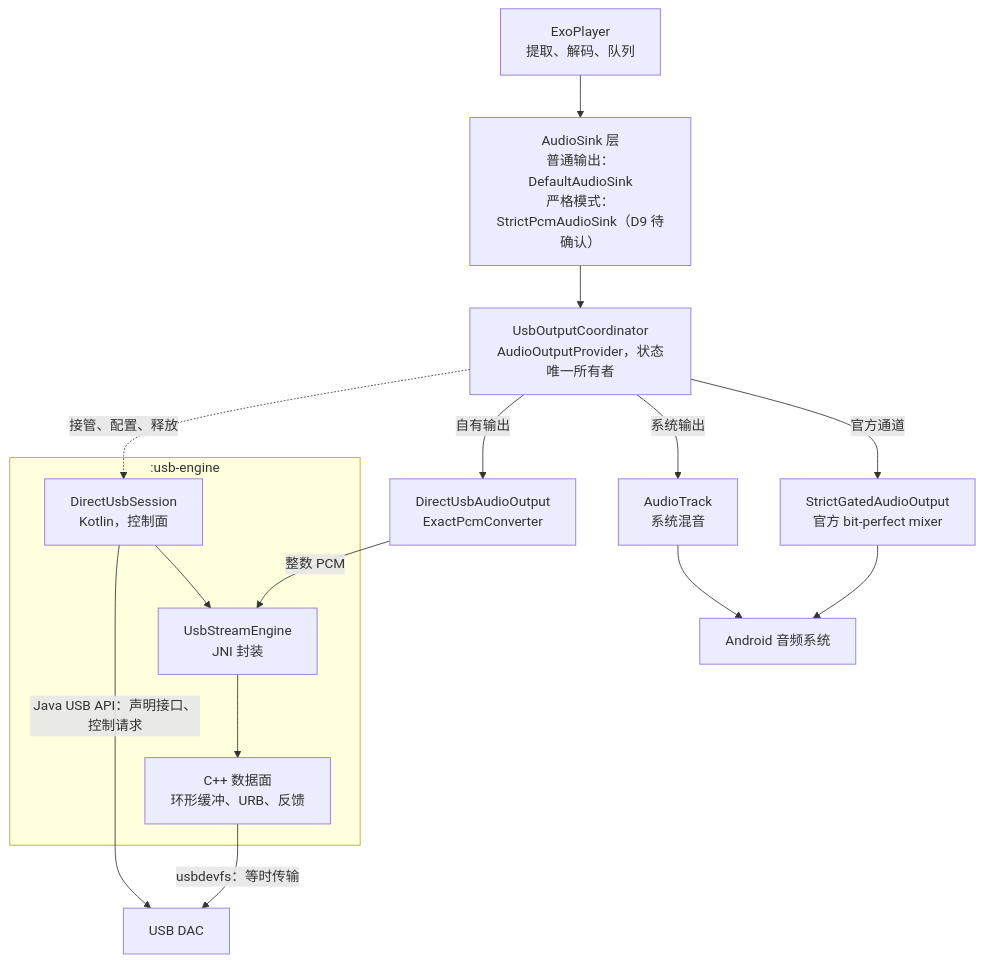
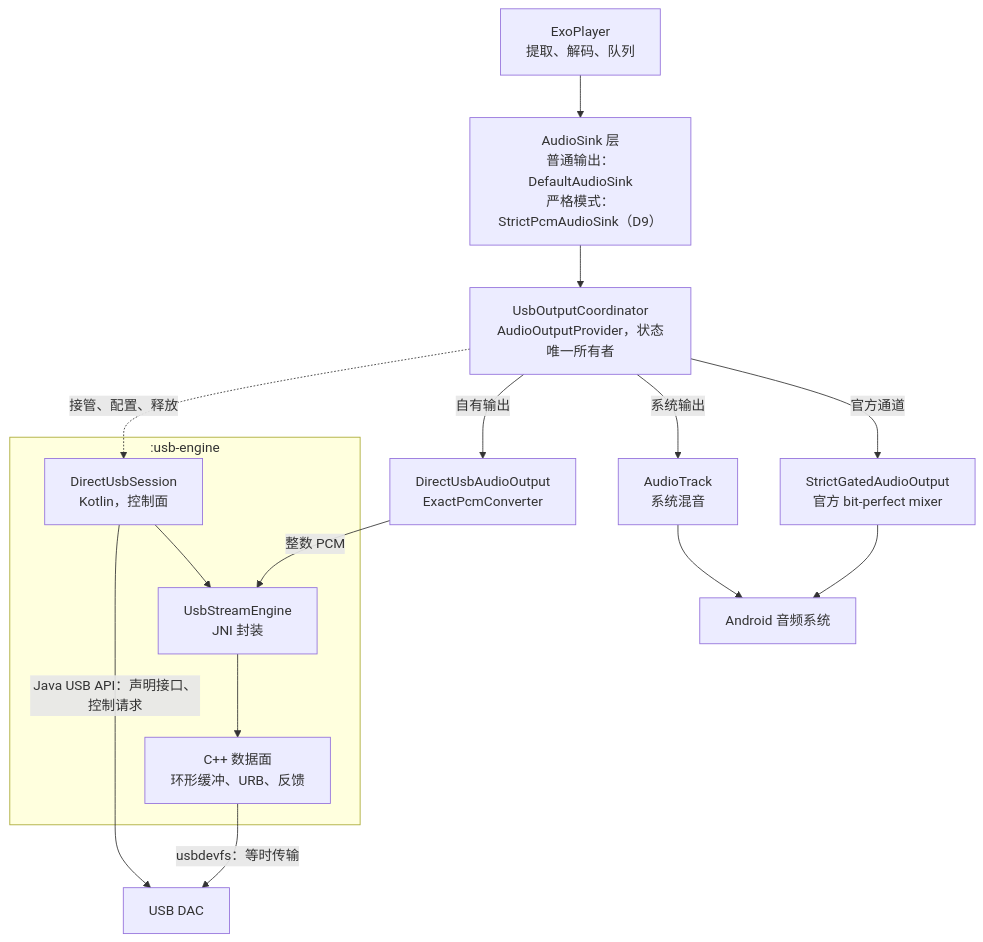
One commit to Sumire-no-kai/Vesqen changed the first of 4 diagrams in docs/M7_USB_ARCHITECTURE.md. Above: the diagram before and after it, drawn with Mermaid. The commit also changed other lines of this file and 2 other files, not shown here.

First line of the commit message:
docs(m7): record the decision to use the strict PCM sink

````diff
--- a/docs/M7_USB_ARCHITECTURE.md
+++ b/docs/M7_USB_ARCHITECTURE.md
@@ -17,23 +17,23 @@
 ```mermaid
 flowchart TD
-    Player["ExoPlayer<br/>提取、解码、队列"] --> Guard["AudioSink 层<br/>普通输出：DefaultAudioSink<br/>严格模式：StrictPcmAudioSink（D9 待确认）"]
+    Player["ExoPlayer<br/>提取、解码、队列"] --> Guard["AudioSink 层<br/>普通输出：DefaultAudioSink<br/>严格模式：StrictPcmAudioSink（D9）"]
     Guard --> Coordinator["UsbOutputCoordinator<br/>AudioOutputProvider，状态唯一所有者"]
     Coordinator -->|系统输出| Track["AudioTrack<br/>系统混音"]
     Coordinator -->|官方通道| Gated["StrictGatedAudioOutput<br/>官方 bit-perfect mixer"]
     Coordinator -->|自有输出| Direct["DirectUsbAudioOutput<br/>ExactPcmConverter"]
     Coordinator -.->|接管、配置、释放| Session
 
     subgraph Engine[":usb-engine"]
         Session["DirectUsbSession<br/>Kotlin，控制面"]
         Stream["UsbStreamEngine<br/>JNI 封装"]
         Native["C++ 数据面<br/>环形缓冲、URB、反馈"]
         Session --> Stream
         Stream --> Native
     end
 
     Direct -->|整数 PCM| Stream
     Session -->|Java USB API：声明接口、控制请求| DAC["USB DAC"]
     Native -->|usbdevfs：等时传输| DAC
     Track --> Android["Android 音频系统"]
     Gated --> Android
 ```
````
